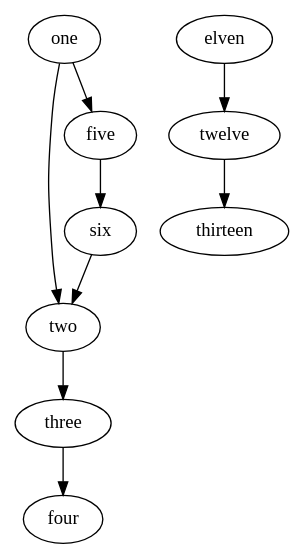
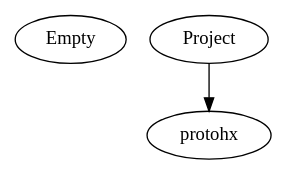
Before and after one commit to gameduell/duell: the diagram in bin/graphviz/dotFile.dot, drawn with Graphviz. The commit also changed 7 other files, not shown here.

```diff
--- a/bin/graphviz/dotFile.dot
+++ b/bin/graphviz/dotFile.dot
@@ -1,5 +1,3 @@
 digraph G {
-    one -> two -> three -> four;
-    one -> five -> six -> two;
-	elven -> twelve -> thirteen;
+    Empty Project -> protohx;
 }
```
